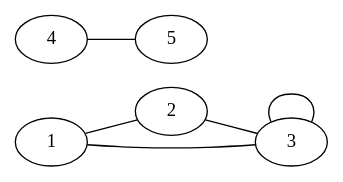
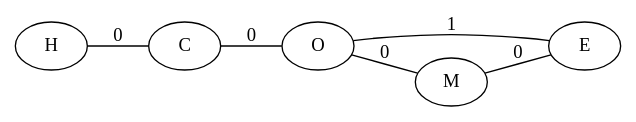
One commit to jilljenn/tryalgo.org changed the diagram in fr/images/dijkstra/t.dot. Above: the diagram before and after it, drawn with Graphviz. The commit also changed 2 other files, not shown here.

```diff
--- a/fr/images/dijkstra/t.dot
+++ b/fr/images/dijkstra/t.dot
@@ -1,8 +1,8 @@
 graph g {
 rankdir = LR;
-1 -- 2;
-2 -- 3;
-3 -- 1;
-3 -- 3;
-4 -- 5;
+H -- C [label=0];
+E -- O [label=1];
+O -- M [label=0];
+C -- O [label=0];
+M -- E [label=0];
 }
```
